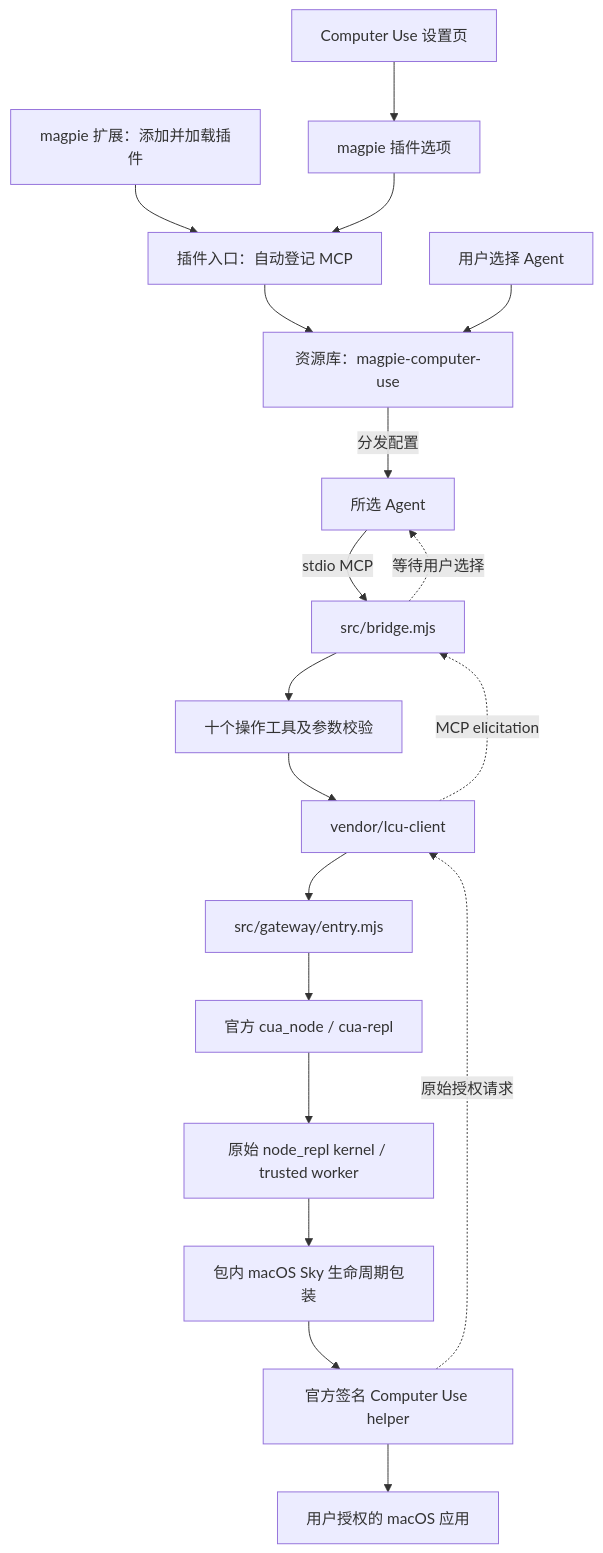
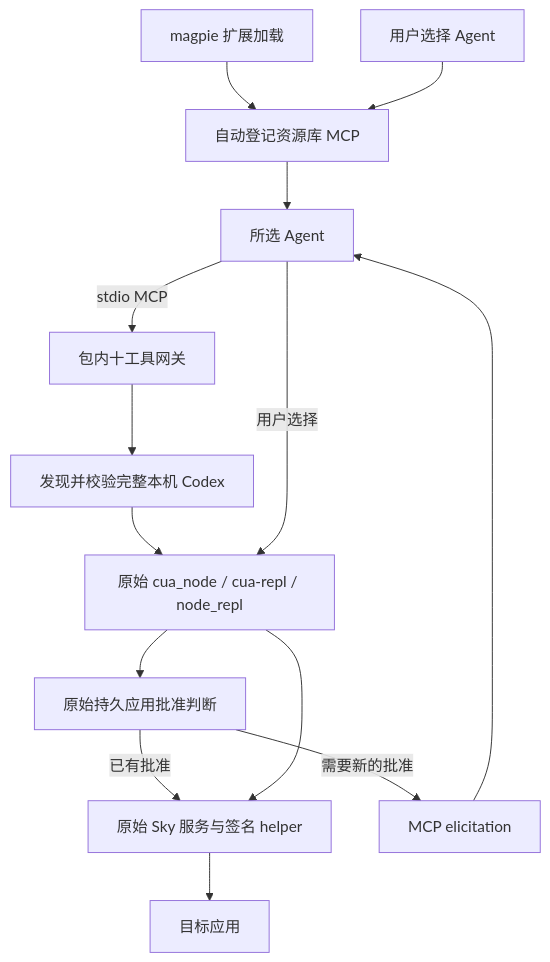
The diagram in docs/ARCHITECTURE.md (wbb6517/magpie-computer-use), drawn with Mermaid before and after one commit. The commit also changed other lines of this file and 34 other files, not shown here.

````diff
--- a/docs/ARCHITECTURE.md
+++ b/docs/ARCHITECTURE.md
@@ -9,21 +7,16 @@
 ```mermaid
 flowchart TD
-    X[magpie 扩展：添加并加载插件] --> P[插件入口：自动登记 MCP]
-    P --> L[资源库：magpie-computer-use]
+    M[magpie 扩展加载] --> L[自动登记资源库 MCP]
     U[用户选择 Agent] --> L
-    S[Computer Use 设置页] --> O[magpie 插件选项]
-    O --> P
-    L -->|分发配置| A[所选 Agent]
-    A -->|stdio MCP| B[src/bridge.mjs]
-    B --> E[十个操作工具及参数校验]
-    E --> F[vendor/lcu-client]
-    F --> G[src/gateway/entry.mjs]
-    G --> H[官方 cua_node / cua-repl]
-    H --> I[原始 node_repl kernel / trusted worker]
-    I --> J[包内 macOS Sky 生命周期包装]
-    J --> K[官方签名 Computer Use helper]
-    K --> T[用户授权的 macOS 应用]
-    K -. 原始授权请求 .-> F
-    F -. MCP elicitation .-> B
-    B -. 等待用户选择 .-> A
+    L --> A[所选 Agent]
+    A -->|stdio MCP| B[包内十工具网关]
+    B --> D[发现并校验完整本机 Codex]
+    D --> R[原始 cua_node / cua-repl / node_repl]
+    R --> P[原始持久应用批准判断]
+    P -->|已有批准| H[原始 Sky 服务与签名 helper]
+    P -->|需要新的批准| E[MCP elicitation]
+    E --> A
+    A -->|用户选择| R
+    R --> H
+    H --> T[目标应用]
 ```
````
